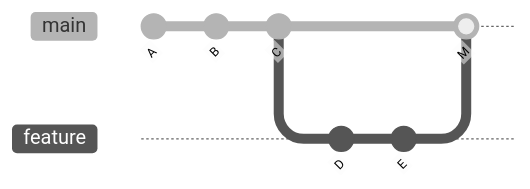
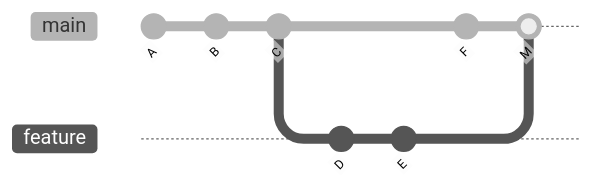
One commit to NathanKr/git-rebase-or-merge changed the second of 4 diagrams in README.md. Above: the diagram before and after it, drawn with Mermaid (neutral theme). The commit also changed other lines of this file, not shown here.

Commit message:
Add F commit to merge diagrams for symmetry with rebase

````diff
--- a/README.md
+++ b/README.md
@@ -54,12 +56,13 @@
 ```mermaid
 gitGraph
    commit id: "A"
    commit id: "B"
    commit id: "C"
    branch feature
    checkout feature
    commit id: "D"
    commit id: "E"
    checkout main
+   commit id: "F"
    merge feature id: "M"
 ```
````
